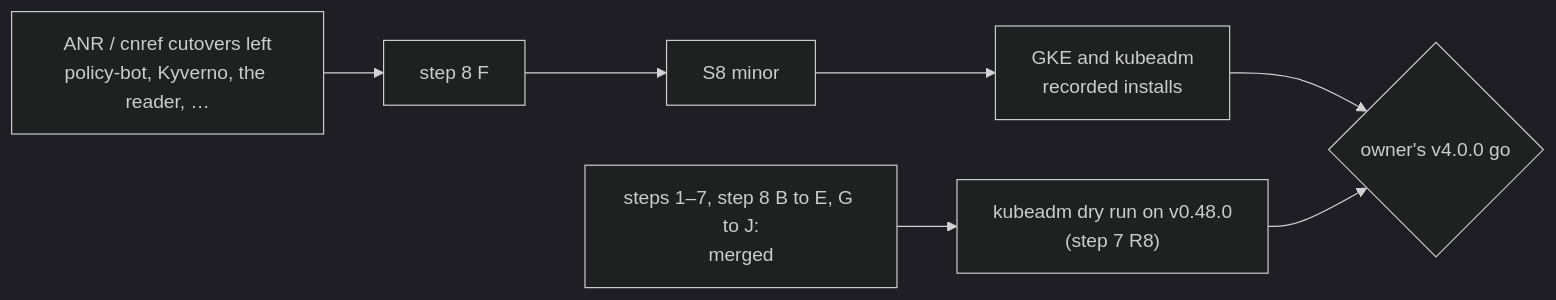
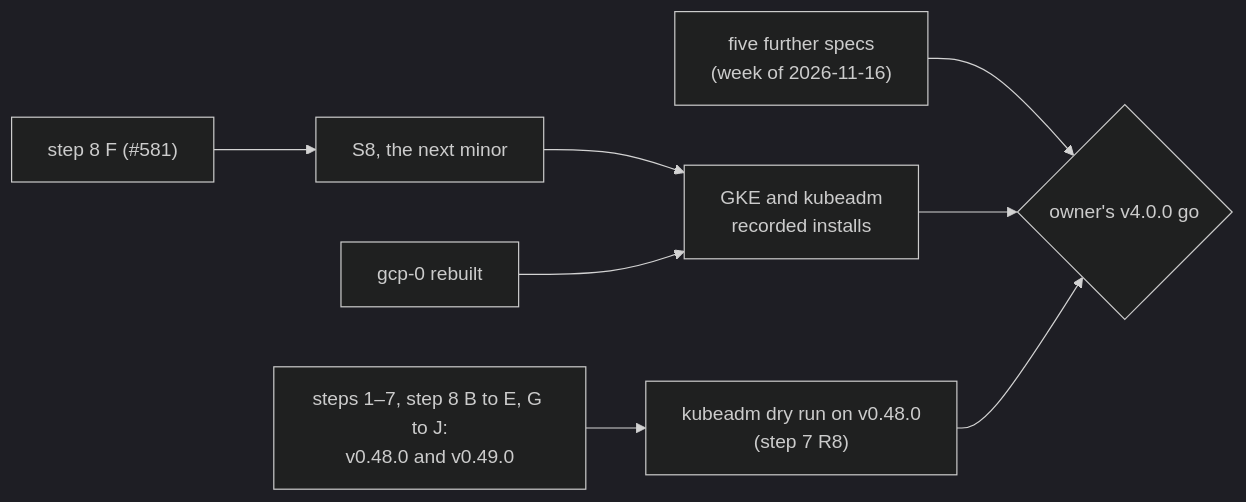
One commit to Smana/maku changed the diagram in docs/v4-readiness.md. Above: the diagram before and after it, drawn with Mermaid (dark theme). The commit also changed other lines of this file and 2 other files, not shown here.

Commit message:
docs: v4.0.0 waits for five further specs; steps 7 and 8 released, gcp-0 proved and torn down

````diff
--- a/docs/v4-readiness.md
+++ b/docs/v4-readiness.md
@@ -13,9 +22,10 @@
 ```mermaid
 flowchart LR
-  s17["steps 1–7, step 8 B to E, G to J:<br/>merged"] --> dry["kubeadm dry run on v0.48.0<br/>(step 7 R8)"]
-  anr["ANR / cnref cutovers left<br/>policy-bot, Kyverno, the reader, …"] --> s8["step 8 F"]
-  s8 --> S8["S8 minor"]
+  s17["steps 1–7, step 8 B to E, G to J:<br/>v0.48.0 and v0.49.0"] --> dry["kubeadm dry run on v0.48.0<br/>(step 7 R8)"]
+  s8["step 8 F (#581)"] --> S8["S8, the next minor"]
   S8 --> live["GKE and kubeadm<br/>recorded installs"]
+  gcp["gcp-0 rebuilt"] --> live
+  specs["five further specs<br/>(week of 2026-11-16)"] --> go
   live --> go{"owner's v4.0.0 go"}
   dry --> go
 ```
````
